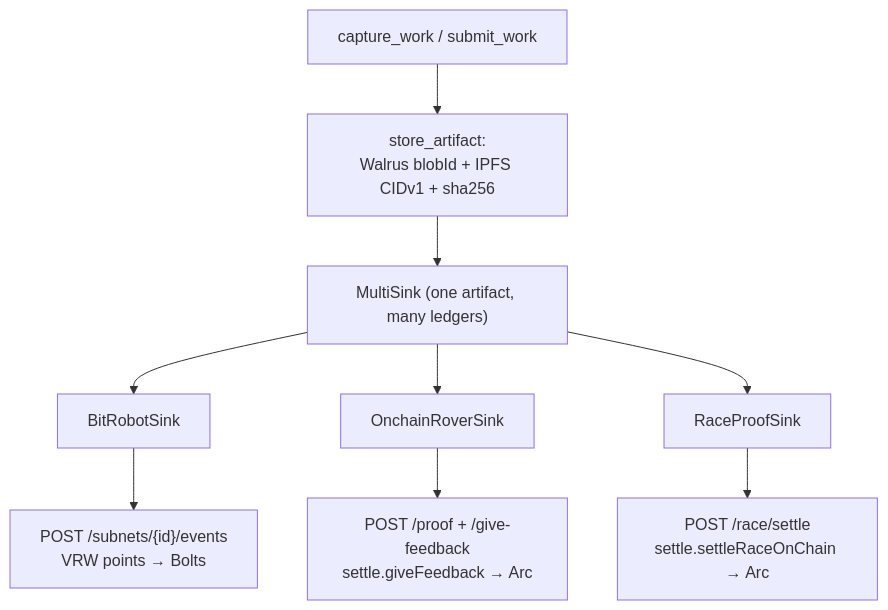
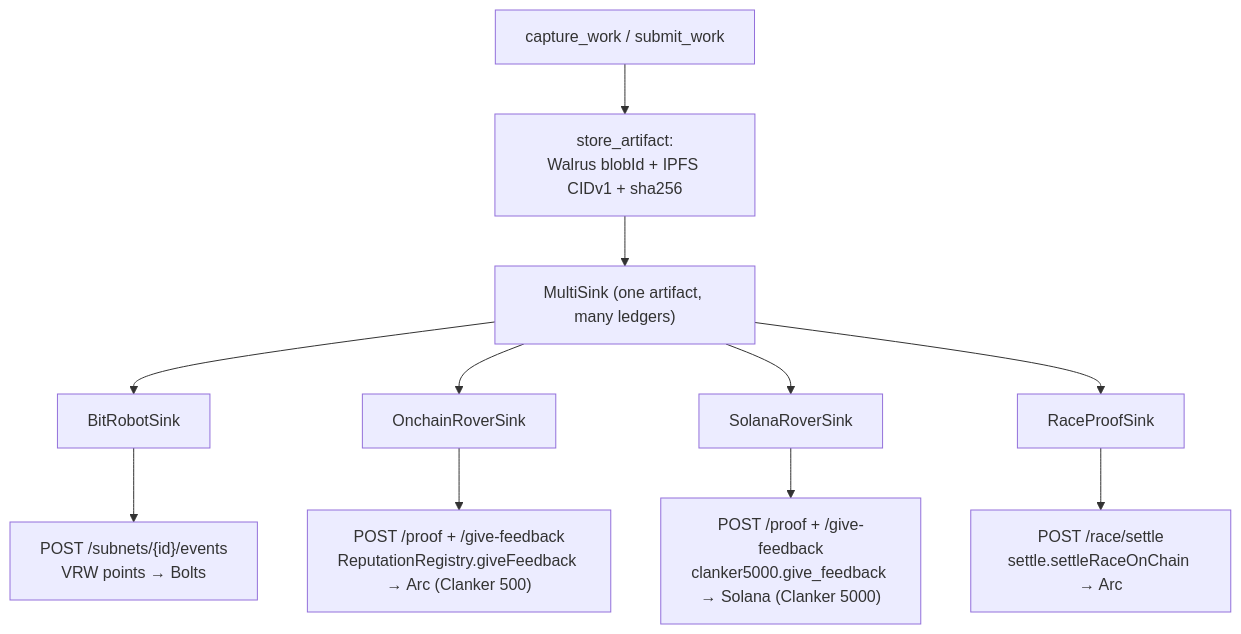
Before and after one commit to 0xSoftBoi/mini-plus-agent-kit: diagram 12 of 17 in docs/ARCHITECTURE.md, drawn with Mermaid. The commit also changed other lines of this file and 6 other files, not shown here.

First line of the commit message:
feat(work): SolanaRoverSink — anchor robot work on the clanker5000 Solana program

````diff
--- a/docs/ARCHITECTURE.md
+++ b/docs/ARCHITECTURE.md
@@ -538,11 +540,13 @@
 ```mermaid
 flowchart TB
   CAP["capture_work / submit_work"] --> ART["store_artifact:<br/>Walrus blobId + IPFS CIDv1 + sha256"]
   ART --> MS["MultiSink (one artifact, many ledgers)"]
   MS --> BR["BitRobotSink"]
   MS --> OR["OnchainRoverSink"]
+  MS --> SR["SolanaRoverSink"]
   MS --> RP["RaceProofSink"]
   BR --> E1["POST /subnets/{id}/events<br/>VRW points &rarr; Bolts"]
-  OR --> E2["POST /proof + /give-feedback<br/>settle.giveFeedback &rarr; Arc"]
+  OR --> E2["POST /proof + /give-feedback<br/>ReputationRegistry.giveFeedback &rarr; Arc (Clanker 500)"]
+  SR --> E4["POST /proof + /give-feedback<br/>clanker5000.give_feedback &rarr; Solana (Clanker 5000)"]
   RP --> E3["POST /race/settle<br/>settle.settleRaceOnChain &rarr; Arc"]
 ```
````
